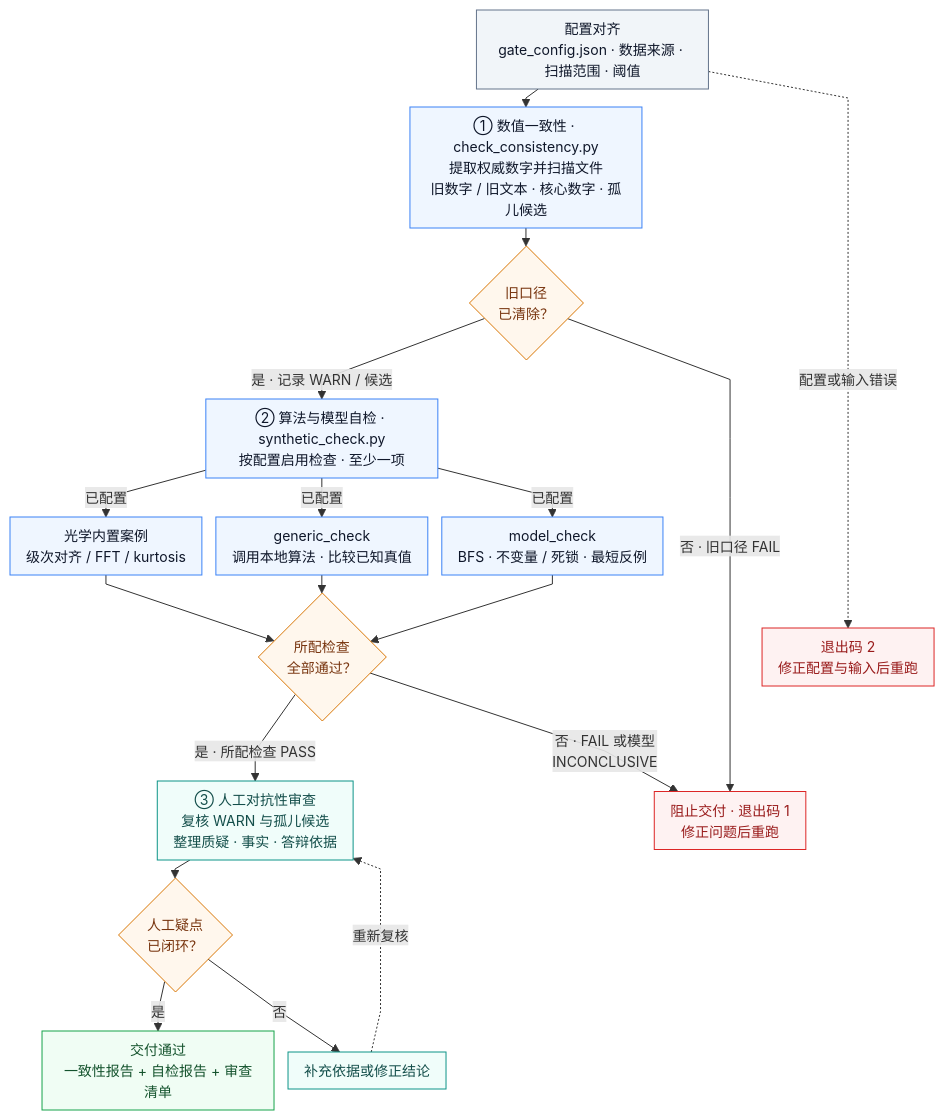
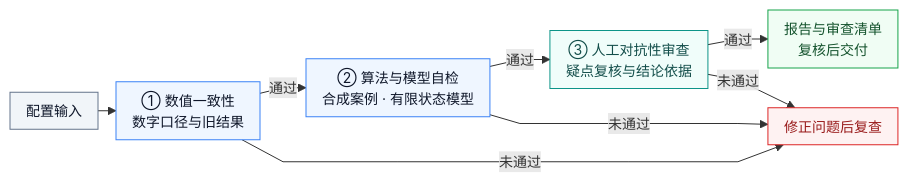
The diagram in README.md (yuye05/verification-gate-review), drawn with Mermaid before and after one commit. The commit also changed other lines of this file, not shown here.

Commit message:
docs:更新README.md流程图内容与结构

````diff
--- a/README.md
+++ b/README.md
@@ -17,50 +17,29 @@
 ```mermaid
 %%{init: {"flowchart": {"nodeSpacing": 14, "rankSpacing": 18, "padding": 8, "curve": "linear"}, "themeVariables": {"fontSize": "14px"}}}%%
-flowchart TB
-    CFG["配置对齐<br/>gate_config.json · 数据来源 · 扫描范围 · 阈值"]
-    SCAN["① 数值一致性 · check_consistency.py<br/>提取权威数字并扫描文件<br/>旧数字 / 旧文本 · 核心数字 · 孤儿候选"]
-    COK{"旧口径<br/>已清除？"}
-    SELECT["② 算法与模型自检 · synthetic_check.py<br/>按配置启用检查 · 至少一项"]
-    OPTICAL["光学内置案例<br/>级次对齐 / FFT / kurtosis"]
-    GENERIC["generic_check<br/>调用本地算法 · 比较已知真值"]
-    MODEL["model_check<br/>BFS · 不变量 / 死锁 · 最短反例"]
-    SOK{"所配检查<br/>全部通过？"}
-    HUMAN["③ 人工对抗性审查<br/>复核 WARN 与孤儿候选<br/>整理质疑 · 事实 · 答辩依据"]
-    ROK{"人工疑点<br/>已闭环？"}
-    DELIVER["交付通过<br/>一致性报告 + 自检报告 + 审查清单"]
-    FIX["补充依据或修正结论"]
-    BLOCK["阻止交付 · 退出码 1<br/>修正问题后重跑"]
-    ERROR["退出码 2<br/>修正配置与输入后重跑"]
+flowchart LR
+    CFG["配置输入"]
+    NUM["① 数值一致性<br/>数字口径与旧结果"]
+    CHECK["② 算法与模型自检<br/>合成案例 · 有限状态模型"]
+    REVIEW["③ 人工对抗性审查<br/>疑点复核与结论依据"]
+    OUT["报告与审查清单<br/>复核后交付"]
+    FIX["修正问题后复查"]
 
-    CFG --> SCAN
-    CFG -. 配置或输入错误 .-> ERROR
-    SCAN --> COK
-    COK -->|是 · 记录 WARN / 候选| SELECT
-    COK -->|否 · 旧口径 FAIL| BLOCK
-    SELECT -->|已配置| OPTICAL
-    SELECT -->|已配置| GENERIC
-    SELECT -->|已配置| MODEL
-    OPTICAL --> SOK
-    GENERIC --> SOK
-    MODEL --> SOK
-    SOK -->|是 · 所配检查 PASS| HUMAN
-    SOK -->|否 · FAIL 或模型<br/>INCONCLUSIVE| BLOCK
-    HUMAN --> ROK
-    ROK -->|是| DELIVER
-    ROK -->|否| FIX
-    FIX -. 重新复核 .-> HUMAN
-    ERROR ~~~ BLOCK
+    CFG --> NUM
+    NUM -->|通过| CHECK
+    CHECK -->|通过| REVIEW
+    REVIEW -->|通过| OUT
+    NUM -->|未通过| FIX
+    CHECK -->|未通过| FIX
+    REVIEW -->|未通过| FIX
 
     classDef input fill:#f1f5f9,stroke:#64748b,color:#0f172a;
-    classDef process fill:#eff6ff,stroke:#3b82f6,color:#0f172a;
-    classDef decision fill:#fff7ed,stroke:#d97706,color:#78350f;
-    classDef failure fill:#fef2f2,stroke:#dc2626,color:#991b1b;
+    classDef check fill:#eff6ff,stroke:#3b82f6,color:#0f172a;
     classDef manual fill:#f0fdfa,stroke:#0d9488,color:#134e4a;
     classDef success fill:#f0fdf4,stroke:#16a34a,color:#14532d;
+    classDef failure fill:#fef2f2,stroke:#dc2626,color:#991b1b;
     class CFG input;
-    class SCAN,SELECT,OPTICAL,GENERIC,MODEL process;
-    class COK,SOK,ROK decision;
-    class BLOCK,ERROR failure;
-    class HUMAN,FIX manual;
-    class DELIVER success;
+    class NUM,CHECK check;
+    class REVIEW manual;
+    class OUT success;
+    class FIX failure;
 ```
````
